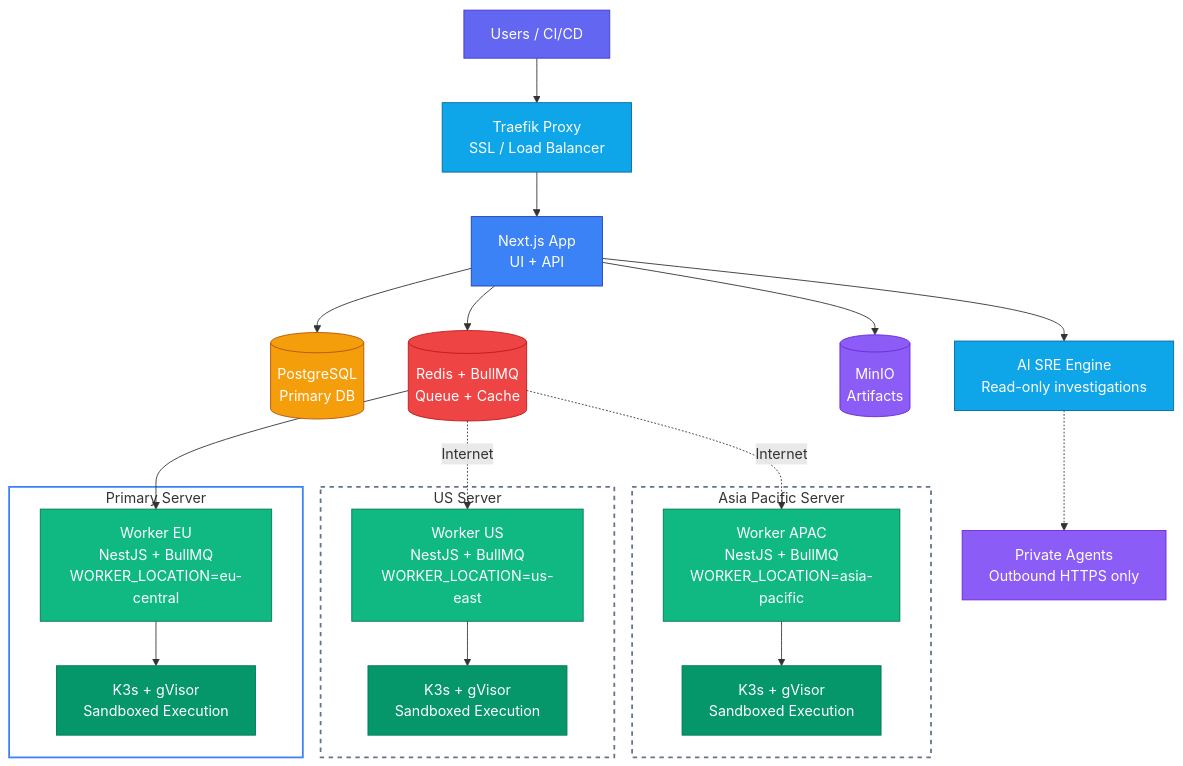
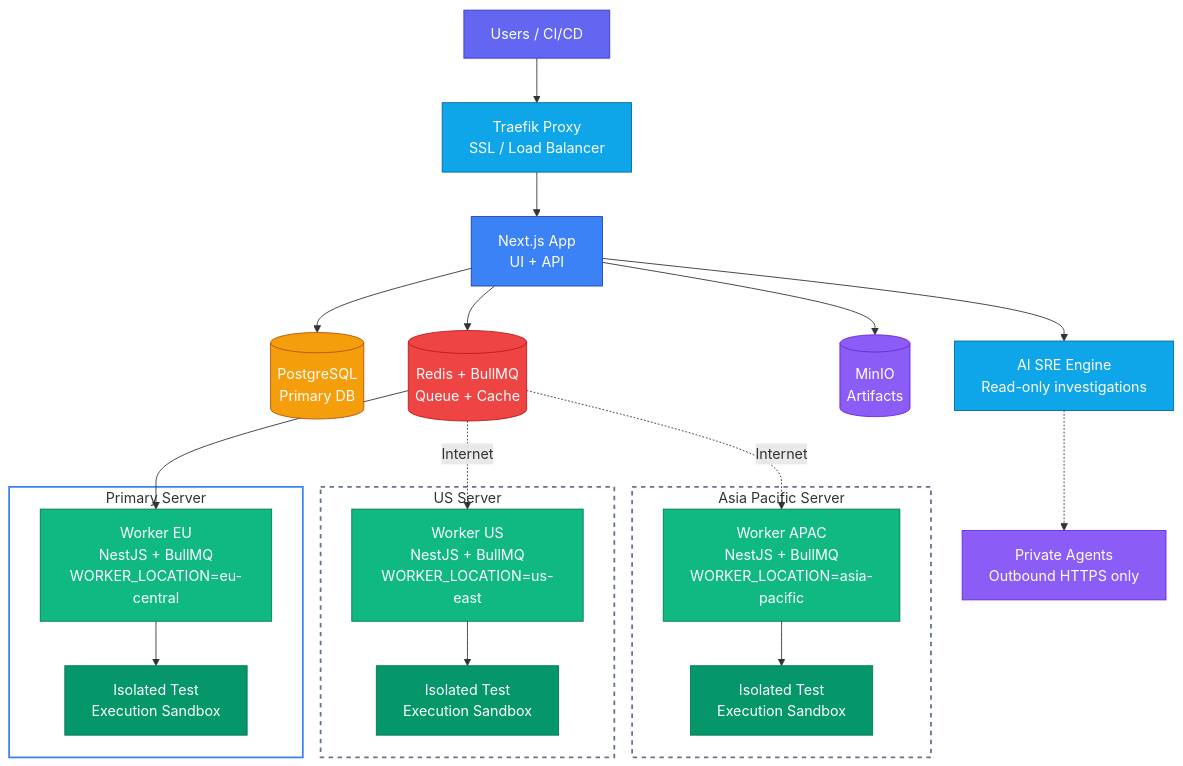
One commit to supercheck-io/supercheck changed the diagram in README.md. Above: the diagram before and after it, drawn with Mermaid. The commit also changed other lines of this file and 36 other files, not shown here.

````diff
--- a/README.md
+++ b/README.md
@@ -99,42 +99,42 @@
 ```mermaid
 flowchart TB
     Users[Users / CI/CD] --> T[Traefik Proxy<br/>SSL / Load Balancer]
     T --> App[Next.js App<br/>UI + API]
     App --> DB[(PostgreSQL<br/>Primary DB)] & Redis[(Redis + BullMQ<br/>Queue + Cache)] & S3[(MinIO<br/>Artifacts)]
     App --> SRE[AI SRE Engine<br/>Read-only investigations]
     SRE -.-> Private[Private Agents<br/>Outbound HTTPS only]
 
     Redis --> W_EU
     Redis -.->|Internet| W_US
     Redis -.->|Internet| W_APAC
 
     subgraph PRIMARY["Primary Server"]
-        W_EU[Worker EU<br/>NestJS + BullMQ<br/>WORKER_LOCATION=eu-central] --> K3S_EU[K3s + gVisor<br/>Sandboxed Execution]
+        W_EU[Worker EU<br/>NestJS + BullMQ<br/>WORKER_LOCATION=eu-central] --> K3S_EU[Isolated Test<br/>Execution Sandbox]
     end
 
     subgraph US["US Server"]
-        W_US[Worker US<br/>NestJS + BullMQ<br/>WORKER_LOCATION=us-east] --> K3S_US[K3s + gVisor<br/>Sandboxed Execution]
+        W_US[Worker US<br/>NestJS + BullMQ<br/>WORKER_LOCATION=us-east] --> K3S_US[Isolated Test<br/>Execution Sandbox]
     end
 
     subgraph APAC["Asia Pacific Server"]
-        W_APAC[Worker APAC<br/>NestJS + BullMQ<br/>WORKER_LOCATION=asia-pacific] --> K3S_APAC[K3s + gVisor<br/>Sandboxed Execution]
+        W_APAC[Worker APAC<br/>NestJS + BullMQ<br/>WORKER_LOCATION=asia-pacific] --> K3S_APAC[Isolated Test<br/>Execution Sandbox]
     end
 
     style Users fill:#6366f1,stroke:#4338ca,color:#fff
     style T fill:#0ea5e9,stroke:#0369a1,color:#fff
     style App fill:#3b82f6,stroke:#1e40af,color:#fff
     style DB fill:#f59e0b,stroke:#b45309,color:#fff
     style Redis fill:#ef4444,stroke:#b91c1c,color:#fff
     style S3 fill:#8b5cf6,stroke:#6d28d9,color:#fff
     style SRE fill:#0ea5e9,stroke:#0369a1,color:#fff
     style Private fill:#8b5cf6,stroke:#6d28d9,color:#fff
     style W_EU fill:#10b981,stroke:#047857,color:#fff
     style W_US fill:#10b981,stroke:#047857,color:#fff
     style W_APAC fill:#10b981,stroke:#047857,color:#fff
     style K3S_EU fill:#059669,stroke:#047857,color:#fff
     style K3S_US fill:#059669,stroke:#047857,color:#fff
     style K3S_APAC fill:#059669,stroke:#047857,color:#fff
     style PRIMARY fill:none,stroke:#3b82f6,stroke-width:2px
     style US fill:none,stroke:#64748b,stroke-width:2px,stroke-dasharray: 5 5
     style APAC fill:none,stroke:#64748b,stroke-width:2px,stroke-dasharray: 5 5
 ```
````
